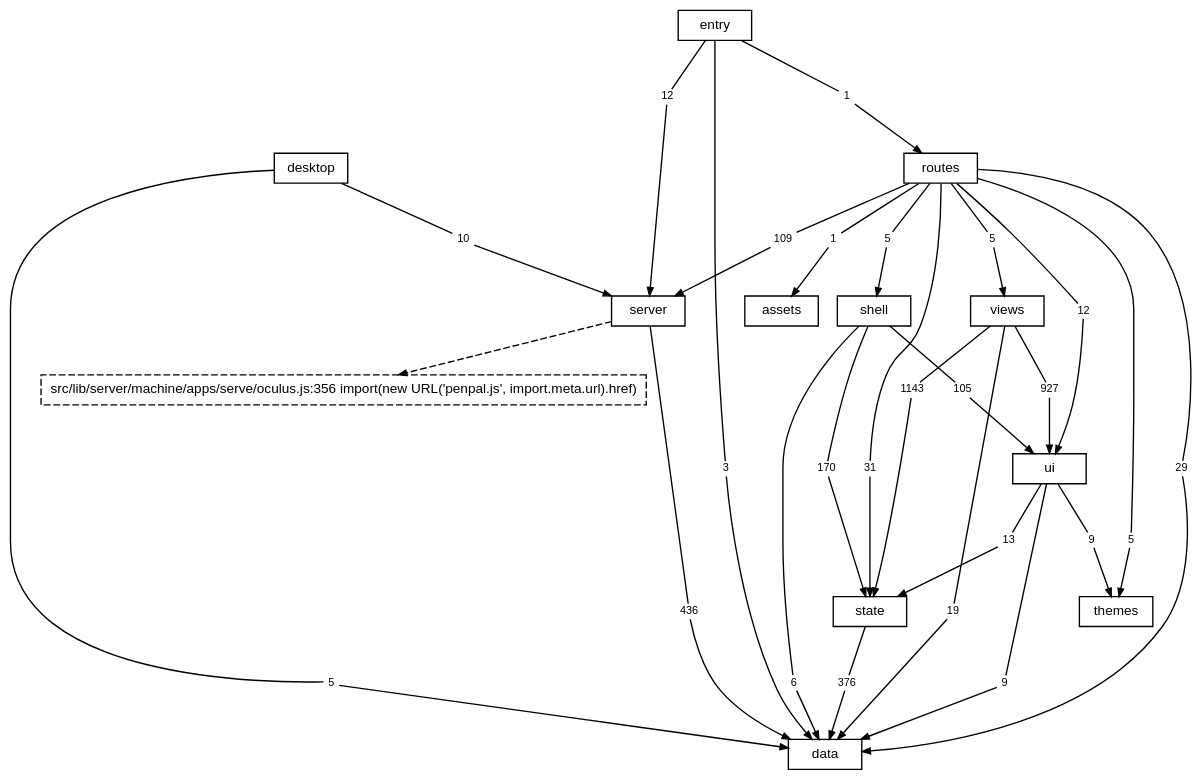
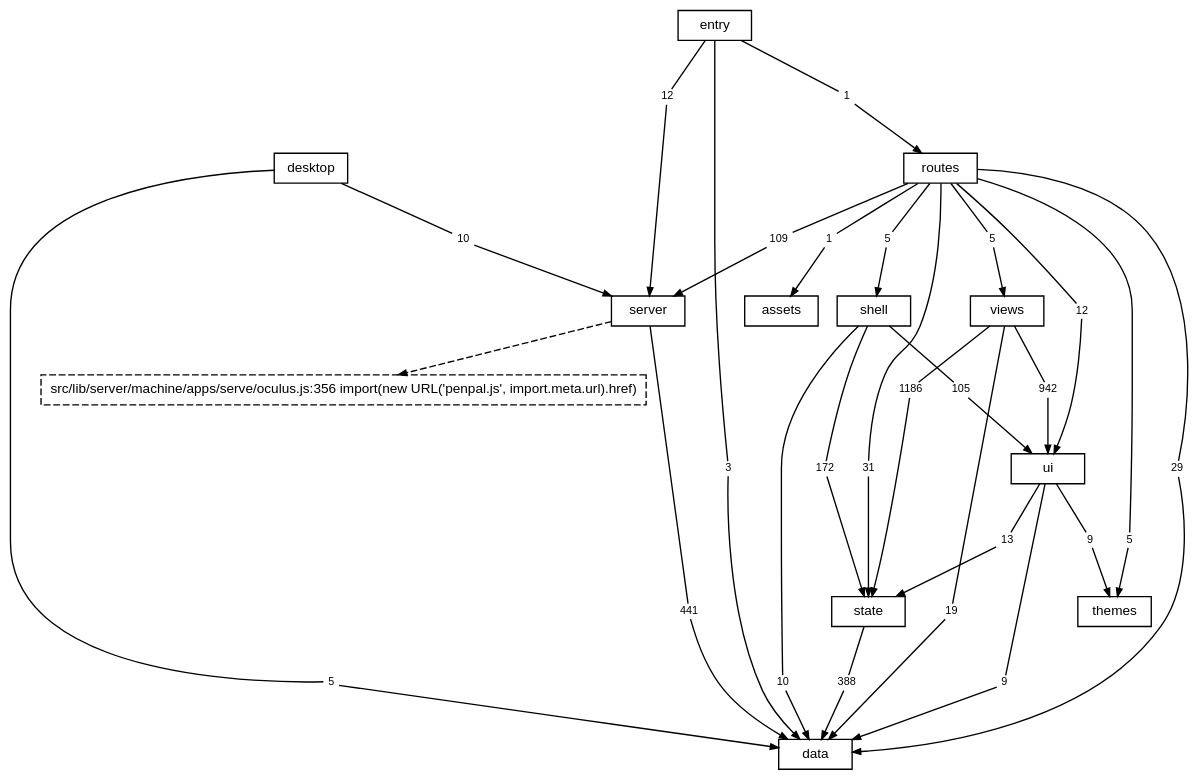
The diagram in docs/diagrams/layers.dot (TheAxeC/oculus), drawn with Graphviz before and after one commit. The commit also changed 166 other files, not shown here.

```diff
--- a/docs/diagrams/layers.dot
+++ b/docs/diagrams/layers.dot
@@ -1,90 +1,90 @@
 digraph layers {
     graph [bgcolor="transparent", rankdir=TB, newrank=true, fontname="Helvetica,Arial,sans-serif", fontsize=12, nodesep=0.2, ranksep=0.5];
     node [shape=box, color="black", fontcolor="black", fontname="Helvetica,Arial,sans-serif", fontsize=10, height=0.3, margin="0.12,0.04"];
     edge [color="black", fontcolor="black", fontname="Helvetica,Arial,sans-serif", fontsize=8, arrowsize=0.6];
     "data";
     "server";
     "state";
     "ui";
     "shell";
     "views";
     "themes";
     "routes";
     "desktop";
     "src" [label="entry"];
     "files: assets" [label="assets"];
     "? src/lib/server/machine/apps/serve/oculus.js:356" [label="src/lib/server/machine/apps/serve/oculus.js:356 import(new URL('penpal.js', import.meta.url).href)", style=dashed];
     "desktop to data" [label="5", shape=box, color="transparent", fontsize=8, width=0, height=0, margin="0.04,0.02"];
     "desktop" -> "desktop to data" [arrowhead=none];
     "desktop to data" -> "data" [];
     "desktop to server" [label="10", shape=box, color="transparent", fontsize=8, width=0, height=0, margin="0.04,0.02"];
     "desktop" -> "desktop to server" [arrowhead=none];
     "desktop to server" -> "server" [];
     "routes to data" [label="29", shape=box, color="transparent", fontsize=8, width=0, height=0, margin="0.04,0.02"];
     "routes" -> "routes to data" [arrowhead=none];
     "routes to data" -> "data" [];
     "routes to files: assets" [label="1", shape=box, color="transparent", fontsize=8, width=0, height=0, margin="0.04,0.02"];
     "routes" -> "routes to files: assets" [arrowhead=none];
     "routes to files: assets" -> "files: assets" [];
     "routes to server" [label="109", shape=box, color="transparent", fontsize=8, width=0, height=0, margin="0.04,0.02"];
     "routes" -> "routes to server" [arrowhead=none];
     "routes to server" -> "server" [];
     "routes to shell" [label="5", shape=box, color="transparent", fontsize=8, width=0, height=0, margin="0.04,0.02"];
     "routes" -> "routes to shell" [arrowhead=none];
     "routes to shell" -> "shell" [];
     "routes to state" [label="31", shape=box, color="transparent", fontsize=8, width=0, height=0, margin="0.04,0.02"];
     "routes" -> "routes to state" [arrowhead=none];
     "routes to state" -> "state" [];
     "routes to themes" [label="5", shape=box, color="transparent", fontsize=8, width=0, height=0, margin="0.04,0.02"];
     "routes" -> "routes to themes" [arrowhead=none];
     "routes to themes" -> "themes" [];
     "routes to ui" [label="12", shape=box, color="transparent", fontsize=8, width=0, height=0, margin="0.04,0.02"];
     "routes" -> "routes to ui" [arrowhead=none];
     "routes to ui" -> "ui" [];
     "routes to views" [label="5", shape=box, color="transparent", fontsize=8, width=0, height=0, margin="0.04,0.02"];
     "routes" -> "routes to views" [arrowhead=none];
     "routes to views" -> "views" [];
-    "server to data" [label="436", shape=box, color="transparent", fontsize=8, width=0, height=0, margin="0.04,0.02"];
+    "server to data" [label="441", shape=box, color="transparent", fontsize=8, width=0, height=0, margin="0.04,0.02"];
     "server" -> "server to data" [arrowhead=none];
     "server to data" -> "data" [];
-    "shell to data" [label="6", shape=box, color="transparent", fontsize=8, width=0, height=0, margin="0.04,0.02"];
+    "shell to data" [label="10", shape=box, color="transparent", fontsize=8, width=0, height=0, margin="0.04,0.02"];
     "shell" -> "shell to data" [arrowhead=none];
     "shell to data" -> "data" [];
-    "shell to state" [label="170", shape=box, color="transparent", fontsize=8, width=0, height=0, margin="0.04,0.02"];
+    "shell to state" [label="172", shape=box, color="transparent", fontsize=8, width=0, height=0, margin="0.04,0.02"];
     "shell" -> "shell to state" [arrowhead=none];
     "shell to state" -> "state" [];
     "shell to ui" [label="105", shape=box, color="transparent", fontsize=8, width=0, height=0, margin="0.04,0.02"];
     "shell" -> "shell to ui" [arrowhead=none];
     "shell to ui" -> "ui" [];
     "src to data" [label="3", shape=box, color="transparent", fontsize=8, width=0, height=0, margin="0.04,0.02"];
     "src" -> "src to data" [arrowhead=none];
     "src to data" -> "data" [];
     "src to routes" [label="1", shape=box, color="transparent", fontsize=8, width=0, height=0, margin="0.04,0.02"];
     "src" -> "src to routes" [arrowhead=none];
     "src to routes" -> "routes" [];
     "src to server" [label="12", shape=box, color="transparent", fontsize=8, width=0, height=0, margin="0.04,0.02"];
     "src" -> "src to server" [arrowhead=none];
     "src to server" -> "server" [];
-    "state to data" [label="376", shape=box, color="transparent", fontsize=8, width=0, height=0, margin="0.04,0.02"];
+    "state to data" [label="388", shape=box, color="transparent", fontsize=8, width=0, height=0, margin="0.04,0.02"];
     "state" -> "state to data" [arrowhead=none];
     "state to data" -> "data" [];
     "ui to data" [label="9", shape=box, color="transparent", fontsize=8, width=0, height=0, margin="0.04,0.02"];
     "ui" -> "ui to data" [arrowhead=none];
     "ui to data" -> "data" [];
     "ui to state" [label="13", shape=box, color="transparent", fontsize=8, width=0, height=0, margin="0.04,0.02"];
     "ui" -> "ui to state" [arrowhead=none];
     "ui to state" -> "state" [];
     "ui to themes" [label="9", shape=box, color="transparent", fontsize=8, width=0, height=0, margin="0.04,0.02"];
     "ui" -> "ui to themes" [arrowhead=none];
     "ui to themes" -> "themes" [];
     "views to data" [label="19", shape=box, color="transparent", fontsize=8, width=0, height=0, margin="0.04,0.02"];
     "views" -> "views to data" [arrowhead=none];
     "views to data" -> "data" [];
-    "views to state" [label="1143", shape=box, color="transparent", fontsize=8, width=0, height=0, margin="0.04,0.02"];
+    "views to state" [label="1186", shape=box, color="transparent", fontsize=8, width=0, height=0, margin="0.04,0.02"];
     "views" -> "views to state" [arrowhead=none];
     "views to state" -> "state" [];
-    "views to ui" [label="927", shape=box, color="transparent", fontsize=8, width=0, height=0, margin="0.04,0.02"];
+    "views to ui" [label="942", shape=box, color="transparent", fontsize=8, width=0, height=0, margin="0.04,0.02"];
     "views" -> "views to ui" [arrowhead=none];
     "views to ui" -> "ui" [];
     "server" -> "? src/lib/server/machine/apps/serve/oculus.js:356" [style=dashed];
 }
```
